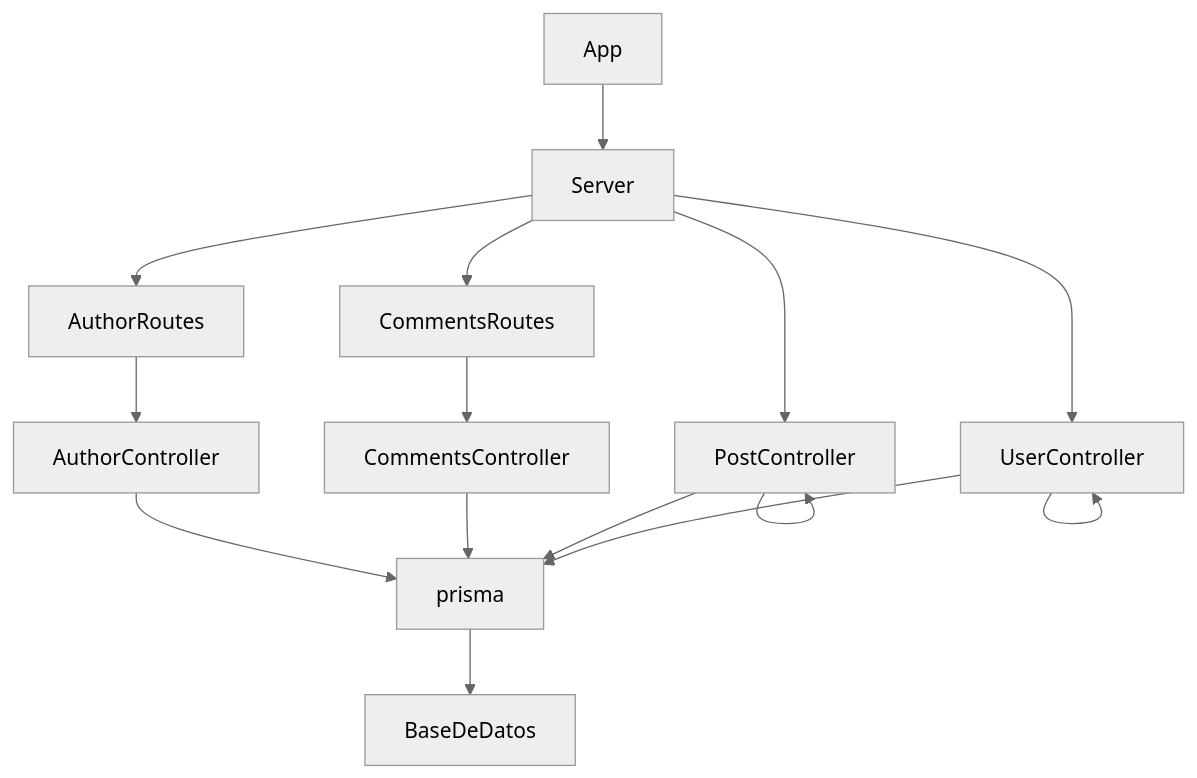
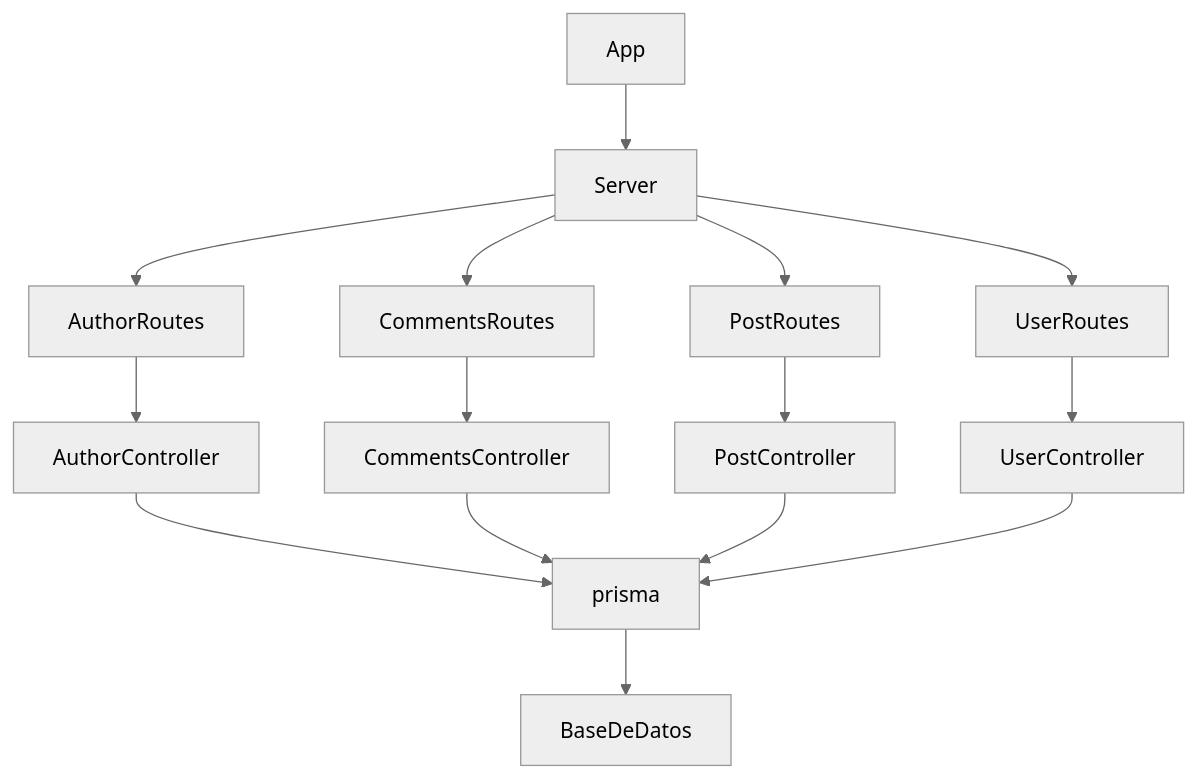
One commit to martinGM05/EvaluacionResidencia changed the diagram in README.md. Above: the diagram before and after it, drawn with Mermaid (neutral theme).

Commit message:
Mermaid fixed

````diff
--- a/README.md
+++ b/README.md
@@ -22,17 +22,17 @@
 ```mermaid
 graph TD;
     App --> Server
     Server --> AuthorRoutes
     Server --> CommentsRoutes
-    Server --> PostController
-    Server --> UserController
+    Server --> PostRoutes
+    Server --> UserRoutes
     AuthorRoutes --> AuthorController
     CommentsRoutes --> CommentsController
-    PostController --> PostController
-    UserController --> UserController
+    PostRoutes --> PostController
+    UserRoutes --> UserController
     AuthorController --> prisma
     CommentsController --> prisma
     PostController --> prisma
     UserController --> prisma
     prisma --> BaseDeDatos
 ```
````
